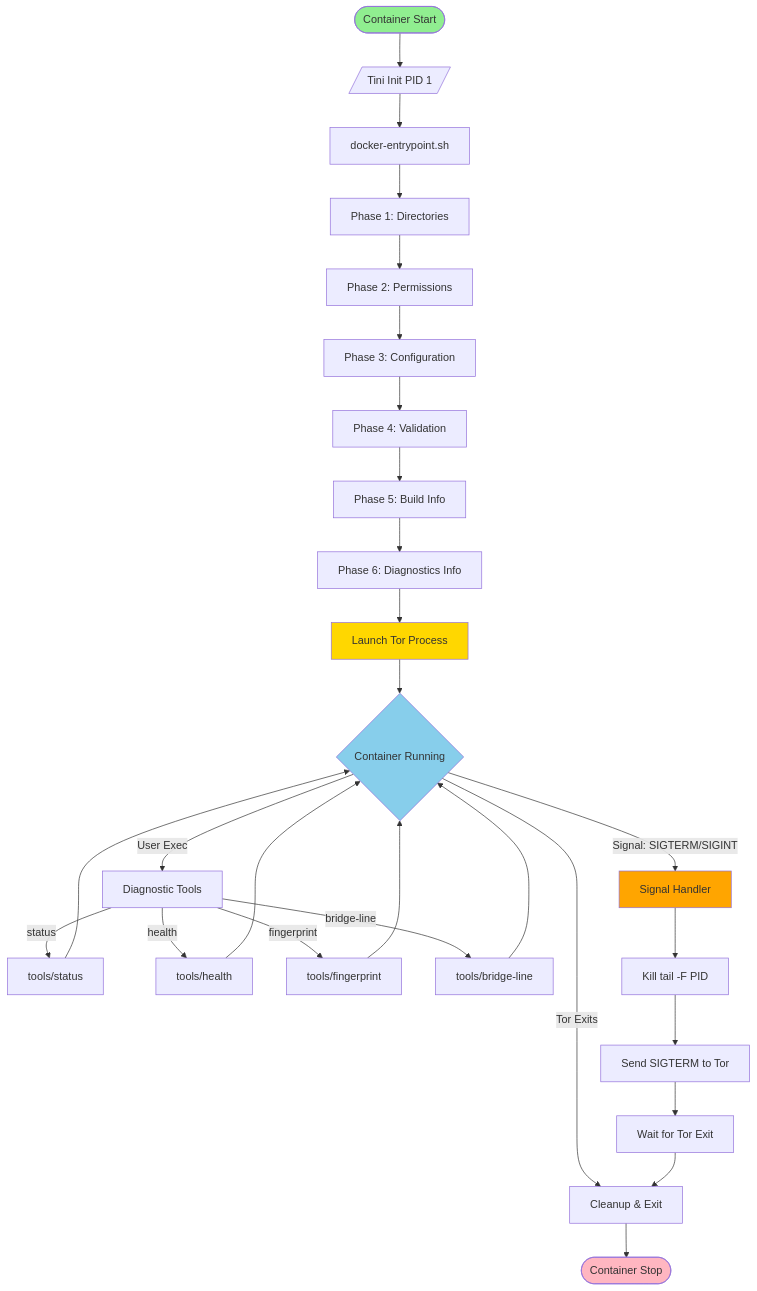
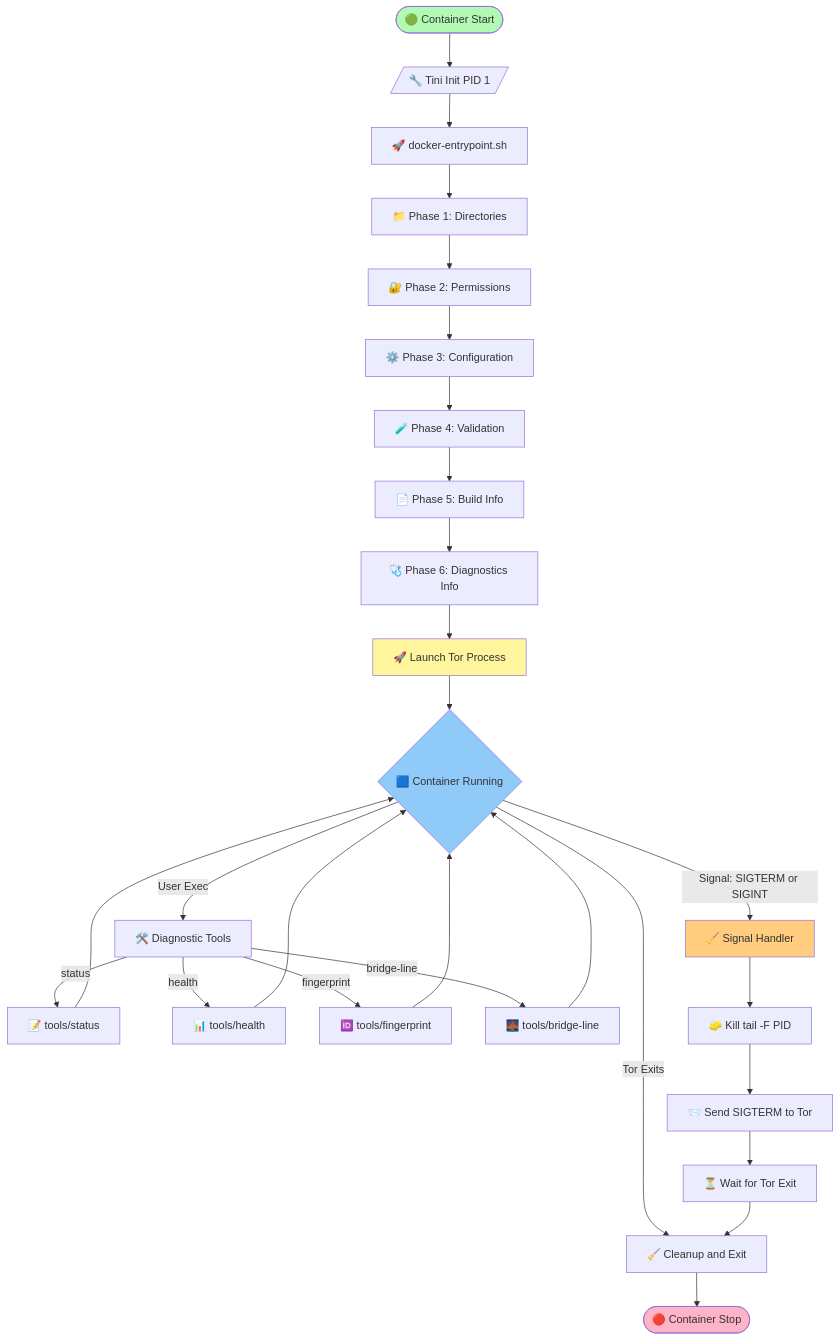
The first of 13 diagrams in docs/ARCHITECTURE.md (r3bo0tbx1/tor-guard-relay), drawn with Mermaid before and after one commit. The commit also changed other lines of this file and 1 other file, not shown here.

First line of the commit message:
📝 docs(v1.1.1): Refresh diagrams and update image size

````diff
--- a/docs/ARCHITECTURE.md
+++ b/docs/ARCHITECTURE.md
@@ -37,40 +37,41 @@
 ```mermaid
 flowchart TD
-    Start([Container Start]) --> Tini[/Tini Init PID 1/]
-    Tini --> Entrypoint[docker-entrypoint.sh]
+    Start([🟢 Container Start]) --> Tini[/🔧 Tini Init PID 1/]
+    Tini --> Entrypoint[🚀 docker-entrypoint.sh]
 
-    Entrypoint --> Phase1[Phase 1: Directories]
-    Phase1 --> Phase2[Phase 2: Permissions]
-    Phase2 --> Phase3[Phase 3: Configuration]
-    Phase3 --> Phase4[Phase 4: Validation]
-    Phase4 --> Phase5[Phase 5: Build Info]
-    Phase5 --> Phase6[Phase 6: Diagnostics Info]
-    Phase6 --> TorStart[Launch Tor Process]
+    Entrypoint --> Phase1[📁 Phase 1: Directories]
+    Phase1 --> Phase2[🔐 Phase 2: Permissions]
+    Phase2 --> Phase3[⚙️ Phase 3: Configuration]
+    Phase3 --> Phase4[🧪 Phase 4: Validation]
+    Phase4 --> Phase5[📄 Phase 5: Build Info]
+    Phase5 --> Phase6[🩺 Phase 6: Diagnostics Info]
+    Phase6 --> TorStart[🚀 Launch Tor Process]
 
-    TorStart --> Running{Container Running}
-    Running -->|Signal: SIGTERM/SIGINT| Trap[Signal Handler]
+    TorStart --> Running{🟦 Container Running}
+
+    Running -->|Signal: SIGTERM or SIGINT| Trap[🧹 Signal Handler]
     Running -->|Tor Exits| Cleanup
-    Running -->|User Exec| DiagTools[Diagnostic Tools]
+    Running -->|User Exec| DiagTools[🛠️ Diagnostic Tools]
 
-    DiagTools -->|status| StatusTool[tools/status]
-    DiagTools -->|health| HealthTool[tools/health]
-    DiagTools -->|fingerprint| FingerprintTool[tools/fingerprint]
-    DiagTools -->|bridge-line| BridgeTool[tools/bridge-line]
+    DiagTools -->|status| StatusTool[📝 tools/status]
+    DiagTools -->|health| HealthTool[📊 tools/health]
+    DiagTools -->|fingerprint| FingerprintTool[🆔 tools/fingerprint]
+    DiagTools -->|bridge-line| BridgeTool[🌉 tools/bridge-line]
 
     StatusTool --> Running
     HealthTool --> Running
     FingerprintTool --> Running
     BridgeTool --> Running
 
-    Trap --> StopTail[Kill tail -F PID]
-    StopTail --> StopTor[Send SIGTERM to Tor]
-    StopTor --> Wait[Wait for Tor Exit]
-    Wait --> Cleanup[Cleanup & Exit]
-    Cleanup --> End([Container Stop])
+    Trap --> StopTail[🧽 Kill tail -F PID]
+    StopTail --> StopTor[📨 Send SIGTERM to Tor]
+    StopTor --> Wait[⏳ Wait for Tor Exit]
+    Wait --> Cleanup[🧹 Cleanup and Exit]
+    Cleanup --> End([🔴 Container Stop])
 
-    style Start fill:#90EE90
-    style End fill:#FFB6C1
-    style Running fill:#87CEEB
-    style TorStart fill:#FFD700
-    style Trap fill:#FFA500
+    style Start fill:#b2fab4
+    style End fill:#ffb3c6
+    style Running fill:#90caf9
+    style TorStart fill:#fff59d
+    style Trap fill:#ffcc80
 ```
````
